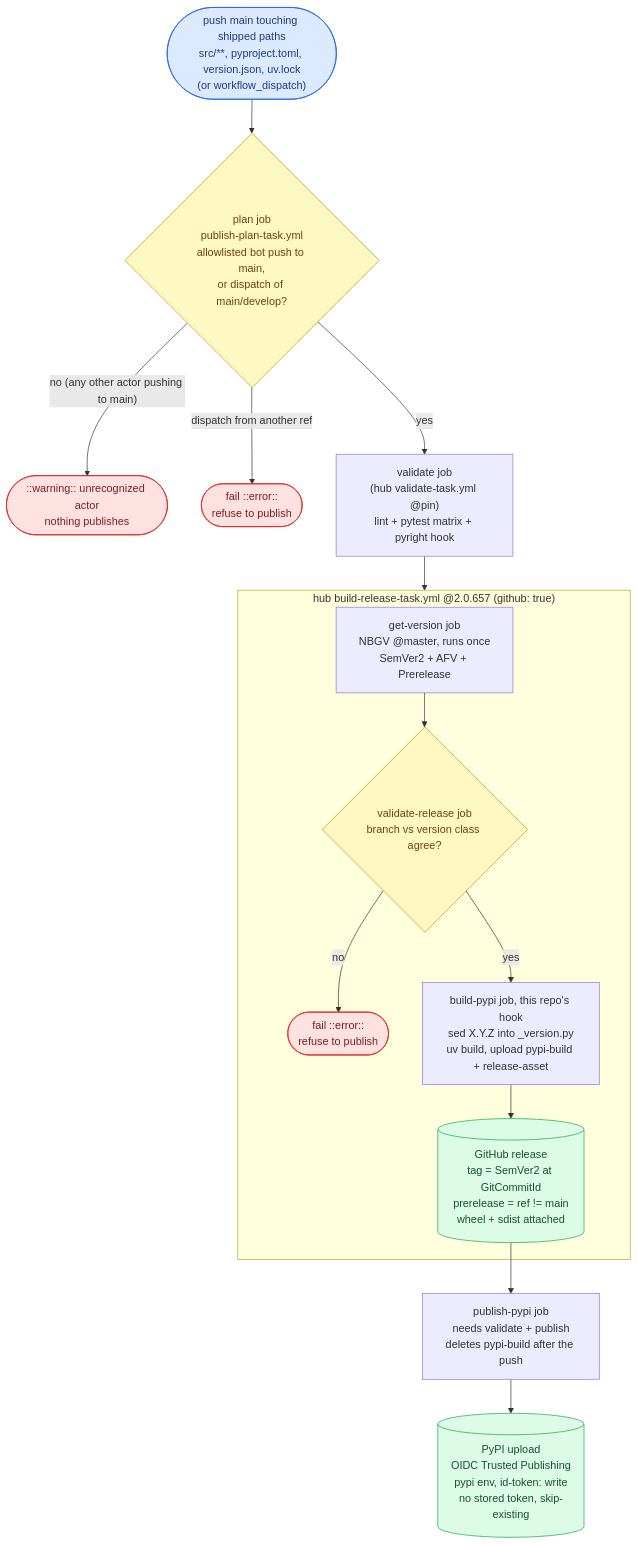
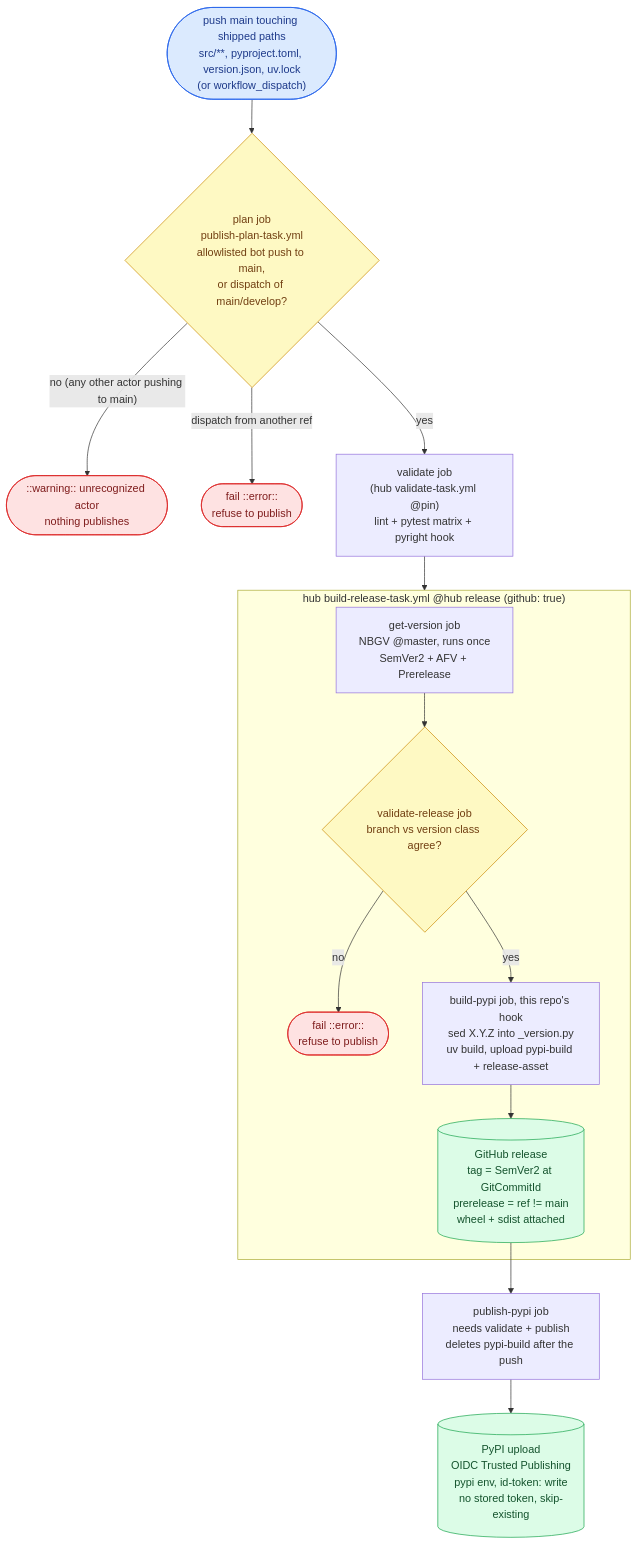
Before and after one commit to ptr727/aiopurpleair: the second of 3 diagrams in WORKFLOW.md, drawn with Mermaid. The commit also changed other lines of this file, not shown here.

First line of the commit message:
Name Hub Pins by Mechanism Rather Than Release Number

````diff
--- a/WORKFLOW.md
+++ b/WORKFLOW.md
@@ -135,21 +135,21 @@
 ```mermaid
 flowchart TD
     P(["push main touching shipped paths<br/>src/**, pyproject.toml, version.json, uv.lock<br/>(or workflow_dispatch)"]):::trig --> PLAN
     PLAN{"plan job<br/>publish-plan-task.yml<br/>allowlisted bot push to main,<br/>or dispatch of main/develop?"}:::gate
     PLAN -- "no (any other actor pushing to main)" --> NOP(["::warning:: unrecognized actor<br/>nothing publishes"]):::stop
     PLAN -- "dispatch from another ref" --> DX(["fail ::error::<br/>refuse to publish"]):::stop
     PLAN -- "yes" --> VAL["validate job<br/>(hub validate-task.yml @pin)<br/>lint + pytest matrix + pyright hook"]
     VAL --> BUILD
-    subgraph BUILD ["hub build-release-task.yml @2.0.657 (github: true)"]
+    subgraph BUILD ["hub build-release-task.yml @hub release (github: true)"]
         GV["get-version job<br/>NBGV @master, runs once<br/>SemVer2 + AFV + Prerelease"] --> VR{"validate-release job<br/>branch vs version class agree?"}:::gate
         VR -- "no" --> VRX(["fail ::error::<br/>refuse to publish"]):::stop
         VR -- "yes" --> BD["build-pypi job, this repo's hook<br/>sed X.Y.Z into _version.py<br/>uv build, upload pypi-build + release-asset"]
         BD --> REL[("GitHub release<br/>tag = SemVer2 at GitCommitId<br/>prerelease = ref != main<br/>wheel + sdist attached")]:::pub
     end
     REL --> PP["publish-pypi job<br/>needs validate + publish<br/>deletes pypi-build after the push"]
     PP --> PYPI[("PyPI upload<br/>OIDC Trusted Publishing<br/>pypi env, id-token: write<br/>no stored token, skip-existing")]:::pub
     classDef trig fill:#dbeafe,stroke:#2563eb,color:#1e3a8a
     classDef gate fill:#fef9c3,stroke:#ca8a04,color:#713f12
     classDef pub fill:#dcfce7,stroke:#16a34a,color:#14532d
     classDef stop fill:#fee2e2,stroke:#dc2626,color:#7f1d1d
 ```
````
